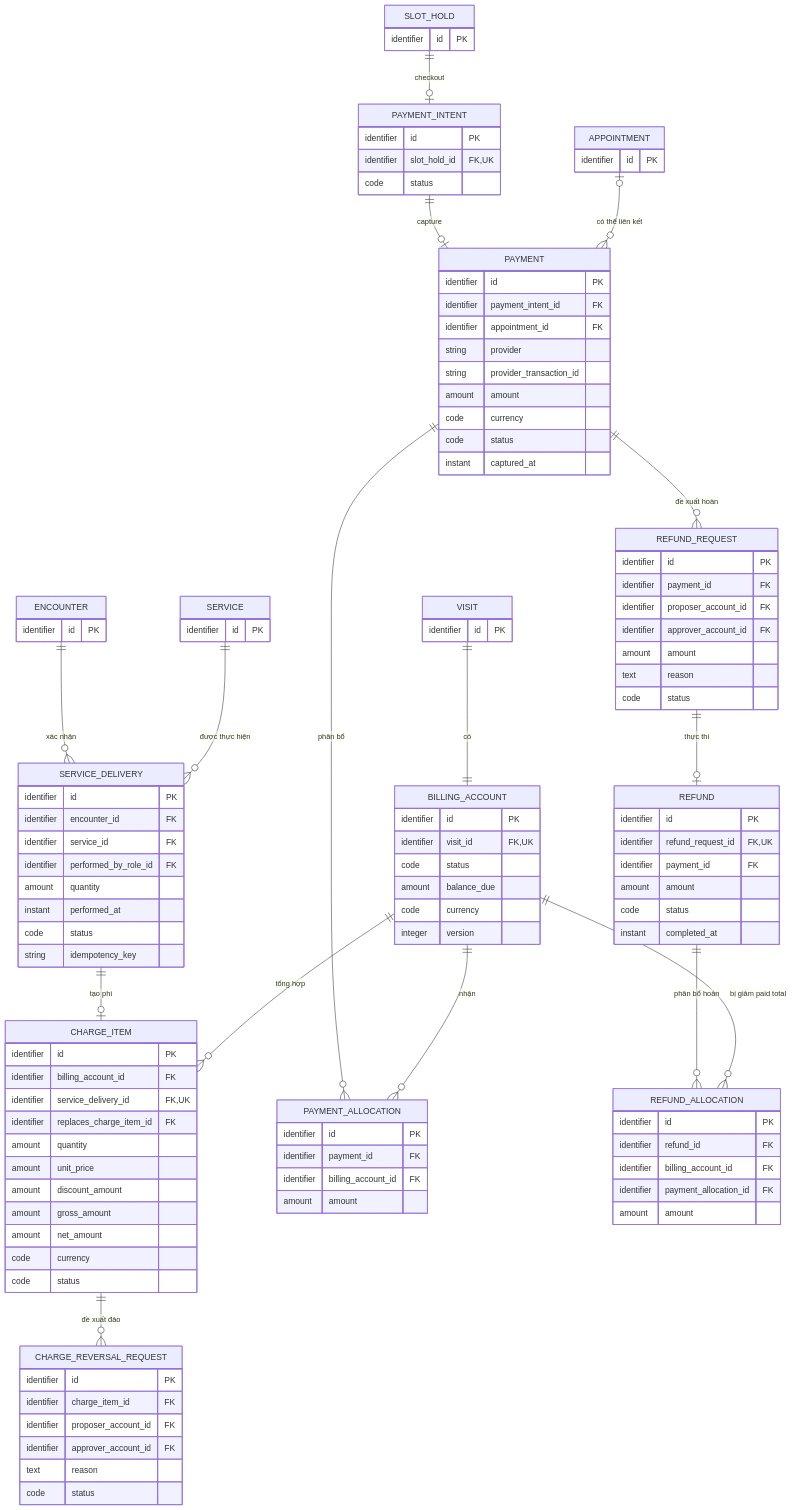
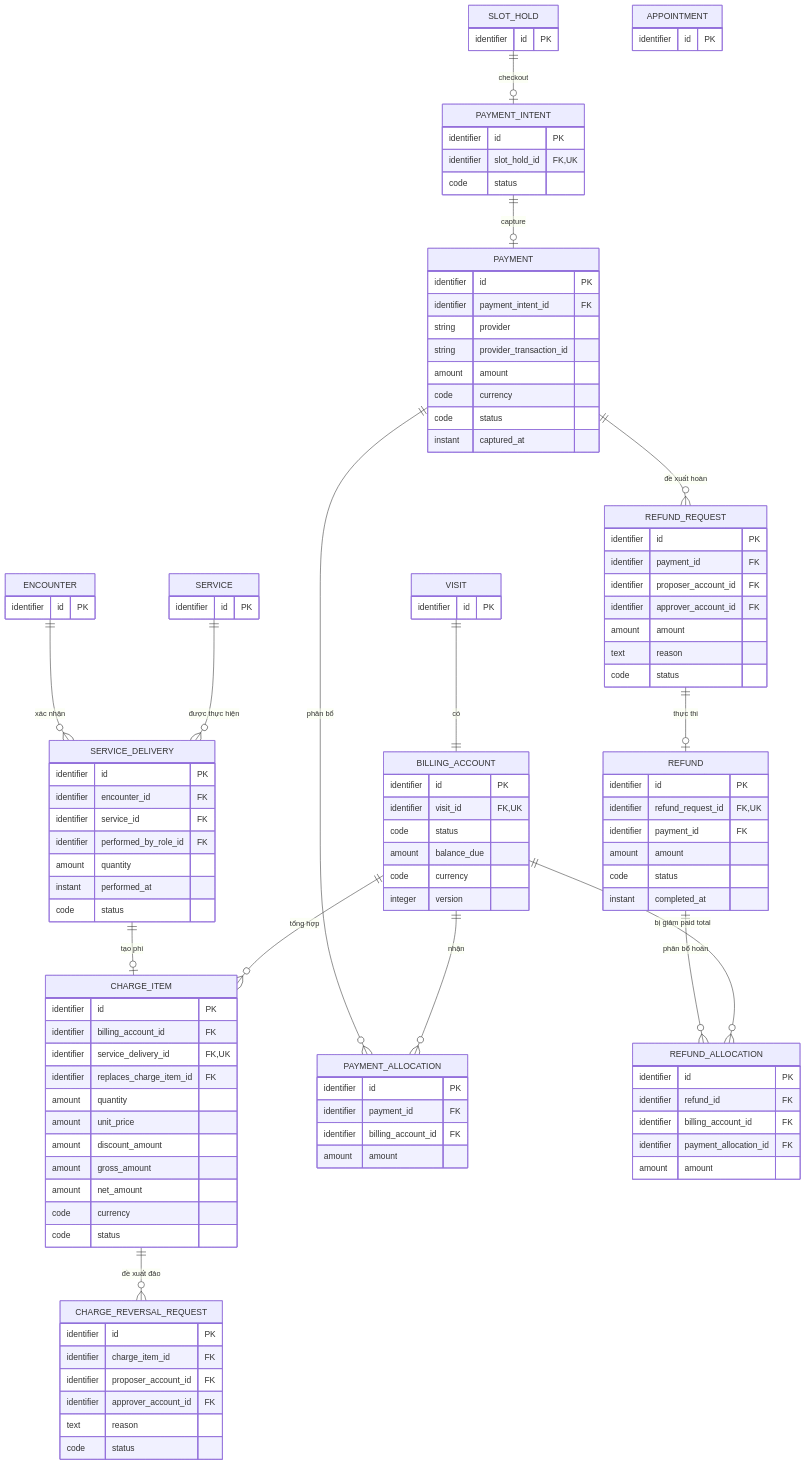
The sixth of 8 diagrams in docs/11-mo-hinh-du-lieu.md (DoanDo1802/Serna-Health), drawn with Mermaid before and after one commit. The commit also changed other lines of this file and 92 other files, not shown here.

```diff
--- a/docs/11-mo-hinh-du-lieu.md
+++ b/docs/11-mo-hinh-du-lieu.md
@@ -580,7 +583,6 @@
         amount quantity
         instant performed_at
         code status
-        string idempotency_key
     }
     BILLING_ACCOUNT {
         identifier id PK
@@ -611,7 +613,6 @@
     PAYMENT {
         identifier id PK
         identifier payment_intent_id FK
-        identifier appointment_id FK
         string provider
         string provider_transaction_id
         amount amount
@@ -665,7 +666,6 @@
     BILLING_ACCOUNT ||--o{ CHARGE_ITEM : "tổng hợp"
     SLOT_HOLD ||--o| PAYMENT_INTENT : "checkout"
     PAYMENT_INTENT ||--o| PAYMENT : "capture"
-    APPOINTMENT o|--o{ PAYMENT : "có thể liên kết"
     PAYMENT ||--o{ PAYMENT_ALLOCATION : "phân bổ"
     BILLING_ACCOUNT ||--o{ PAYMENT_ALLOCATION : "nhận"
     PAYMENT ||--o{ REFUND_REQUEST : "đề xuất hoàn"
```
